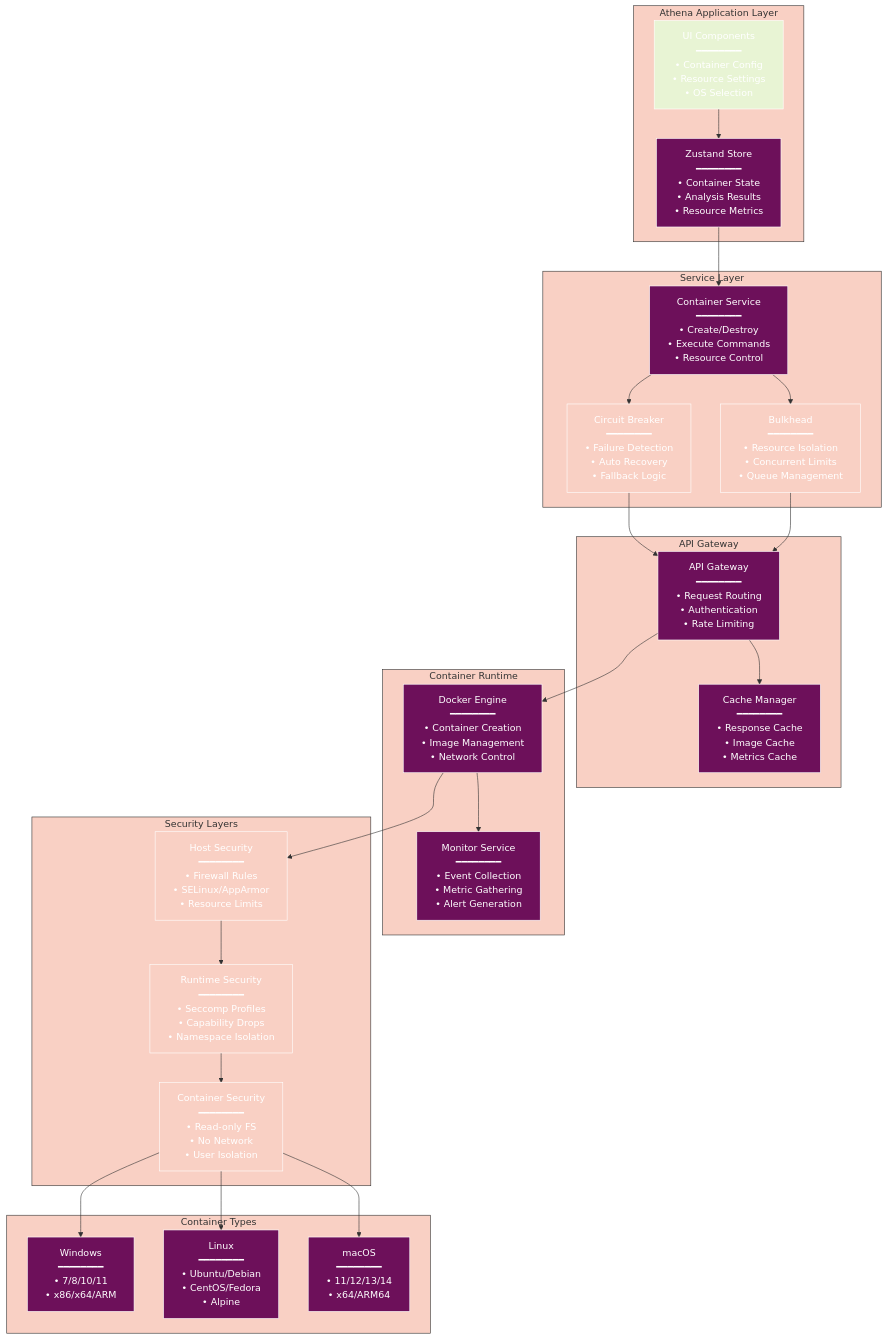
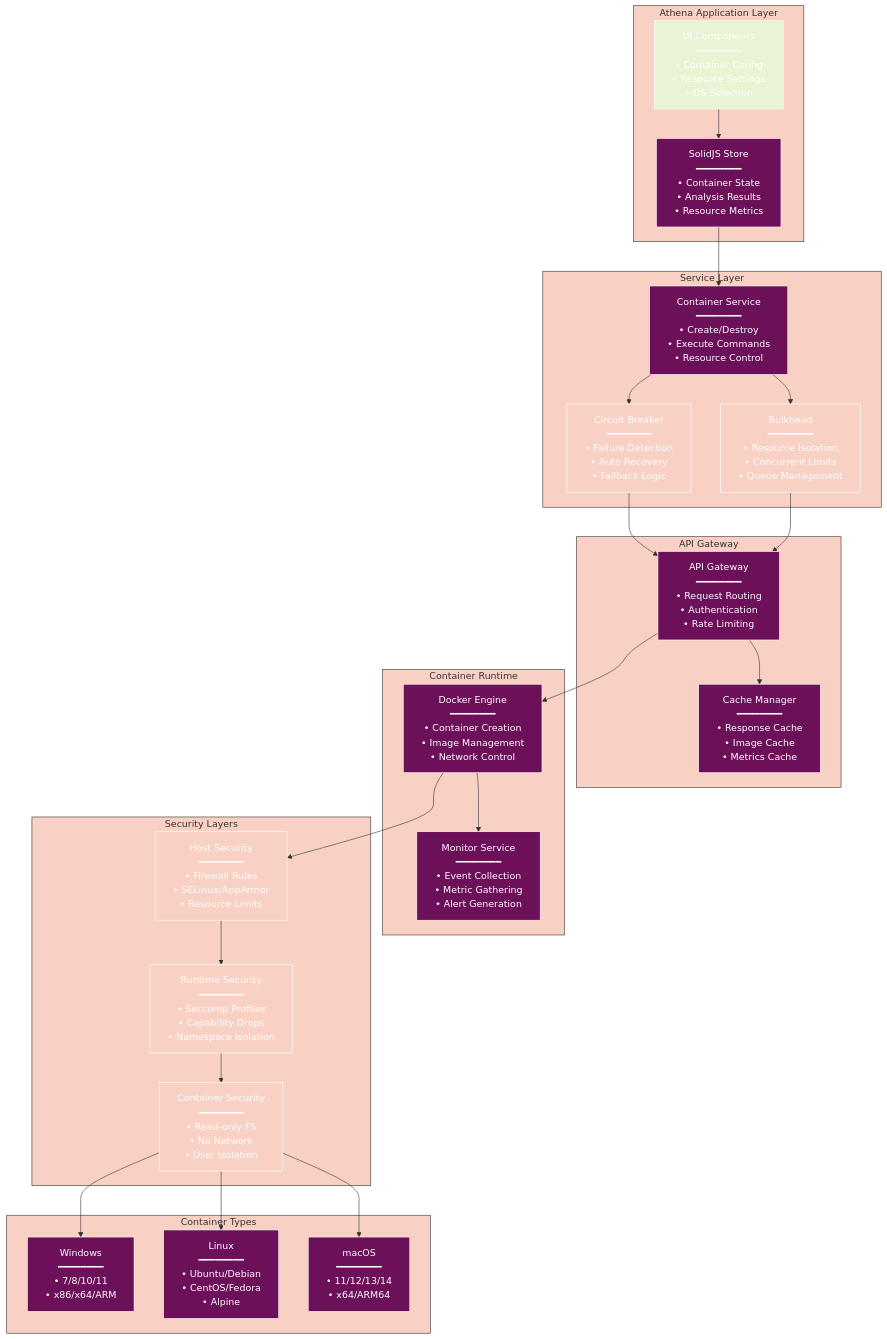
Before and after one commit to radicalkjax/Athena: the first of 23 diagrams in docs/CONTAINER_ISOLATION.md, drawn with Mermaid. The commit also changed 21 other files, not shown here.

````diff
--- a/docs/CONTAINER_ISOLATION.md
+++ b/docs/CONTAINER_ISOLATION.md
@@ -33,81 +33,81 @@
 ```mermaid
 %%{init: {
   'theme': 'base',
   'themeVariables': {
     'primaryColor': '#6d105a',
     'primaryTextColor': '#ffffff',
     'primaryBorderColor': '#ffffff',
     'lineColor': '#333333',
     'secondaryColor': '#e8f4d4',
     'secondaryTextColor': '#333333',
     'secondaryBorderColor': '#333333',
     'tertiaryColor': '#f9d0c4',
     'tertiaryTextColor': '#333333',
     'tertiaryBorderColor': '#333333',
     'background': '#ffffff',
     'mainBkg': '#6d105a',
     'secondBkg': '#e8f4d4',
     'tertiaryBkg': '#f9d0c4',
     'textColor': '#333333',
     'fontFamily': 'Arial, sans-serif'
   }
 }}%%
 graph TB
     subgraph "Athena Application Layer"
         UI[UI Components<br/>━━━━━━━━<br/>• Container Config<br/>• Resource Settings<br/>• OS Selection]
-        Store[Zustand Store<br/>━━━━━━━━<br/>• Container State<br/>• Analysis Results<br/>• Resource Metrics]
+        Store[SolidJS Store<br/>━━━━━━━━<br/>• Container State<br/>• Analysis Results<br/>• Resource Metrics]
     end
     
     subgraph "Service Layer"
         CS[Container Service<br/>━━━━━━━━<br/>• Create/Destroy<br/>• Execute Commands<br/>• Resource Control]
         CB[Circuit Breaker<br/>━━━━━━━━<br/>• Failure Detection<br/>• Auto Recovery<br/>• Fallback Logic]
         BH[Bulkhead<br/>━━━━━━━━<br/>• Resource Isolation<br/>• Concurrent Limits<br/>• Queue Management]
     end
     
     subgraph "API Gateway"
         AG[API Gateway<br/>━━━━━━━━<br/>• Request Routing<br/>• Authentication<br/>• Rate Limiting]
         Cache[Cache Manager<br/>━━━━━━━━<br/>• Response Cache<br/>• Image Cache<br/>• Metrics Cache]
     end
     
     subgraph "Container Runtime"
         Docker[Docker Engine<br/>━━━━━━━━<br/>• Container Creation<br/>• Image Management<br/>• Network Control]
         Monitor[Monitor Service<br/>━━━━━━━━<br/>• Event Collection<br/>• Metric Gathering<br/>• Alert Generation]
     end
     
     subgraph "Security Layers"
         Host[Host Security<br/>━━━━━━━━<br/>• Firewall Rules<br/>• SELinux/AppArmor<br/>• Resource Limits]
         Runtime[Runtime Security<br/>━━━━━━━━<br/>• Seccomp Profiles<br/>• Capability Drops<br/>• Namespace Isolation]
         Container[Container Security<br/>━━━━━━━━<br/>• Read-only FS<br/>• No Network<br/>• User Isolation]
     end
     
     subgraph "Container Types"
         Windows[Windows<br/>━━━━━━━━<br/>• 7/8/10/11<br/>• x86/x64/ARM]
         Linux[Linux<br/>━━━━━━━━<br/>• Ubuntu/Debian<br/>• CentOS/Fedora<br/>• Alpine]
         macOS[macOS<br/>━━━━━━━━<br/>• 11/12/13/14<br/>• x64/ARM64]
     end
     
     UI --> Store
     Store --> CS
     CS --> CB
     CS --> BH
     CB --> AG
     BH --> AG
     AG --> Cache
     AG --> Docker
     Docker --> Monitor
     Docker --> Host
     Host --> Runtime
     Runtime --> Container
     Container --> Windows
     Container --> Linux
     Container --> macOS
     
     style UI fill:#e8f4d4
     style CS fill:#6d105a,color:#fff
     style CB fill:#f9d0c4
     style BH fill:#f9d0c4
     style Docker fill:#6d105a,color:#fff
     style Host fill:#f9d0c4
     style Runtime fill:#f9d0c4
     style Container fill:#f9d0c4
 ```
````
